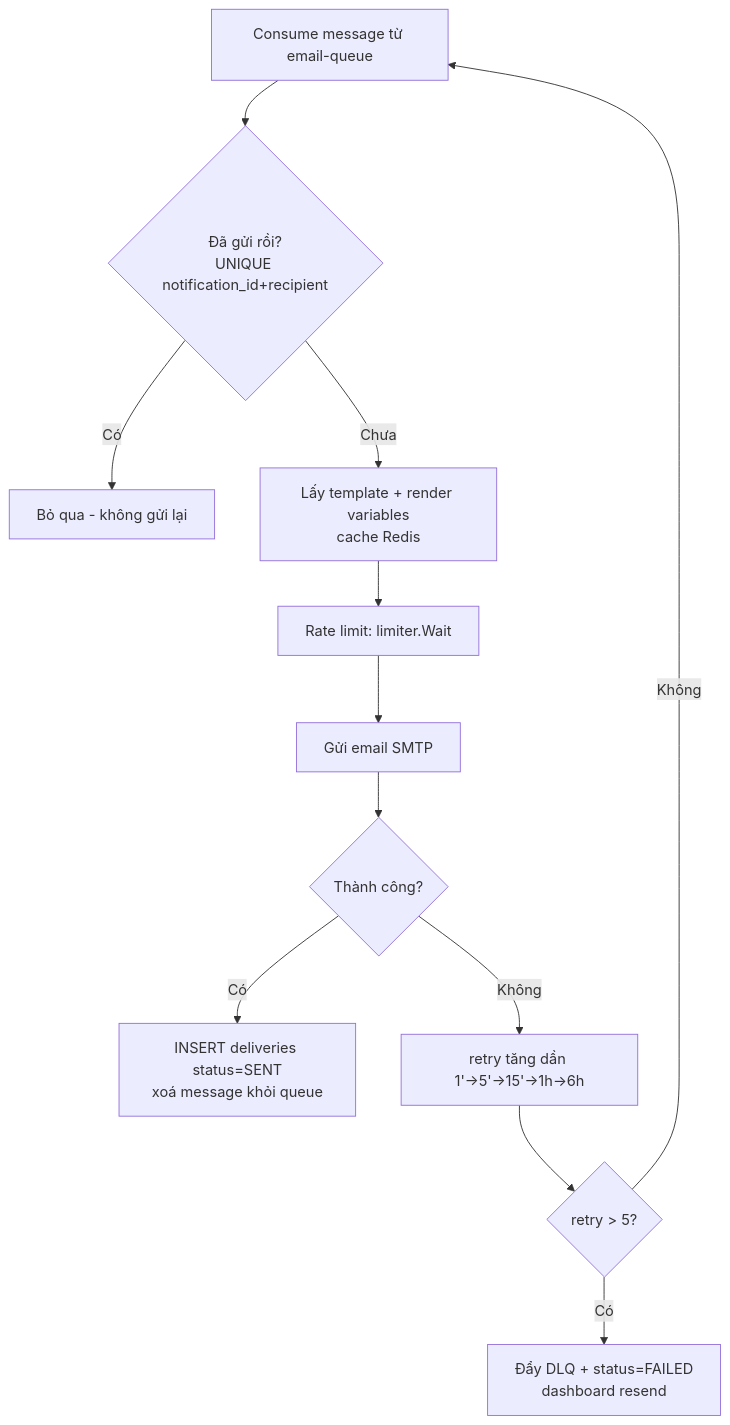
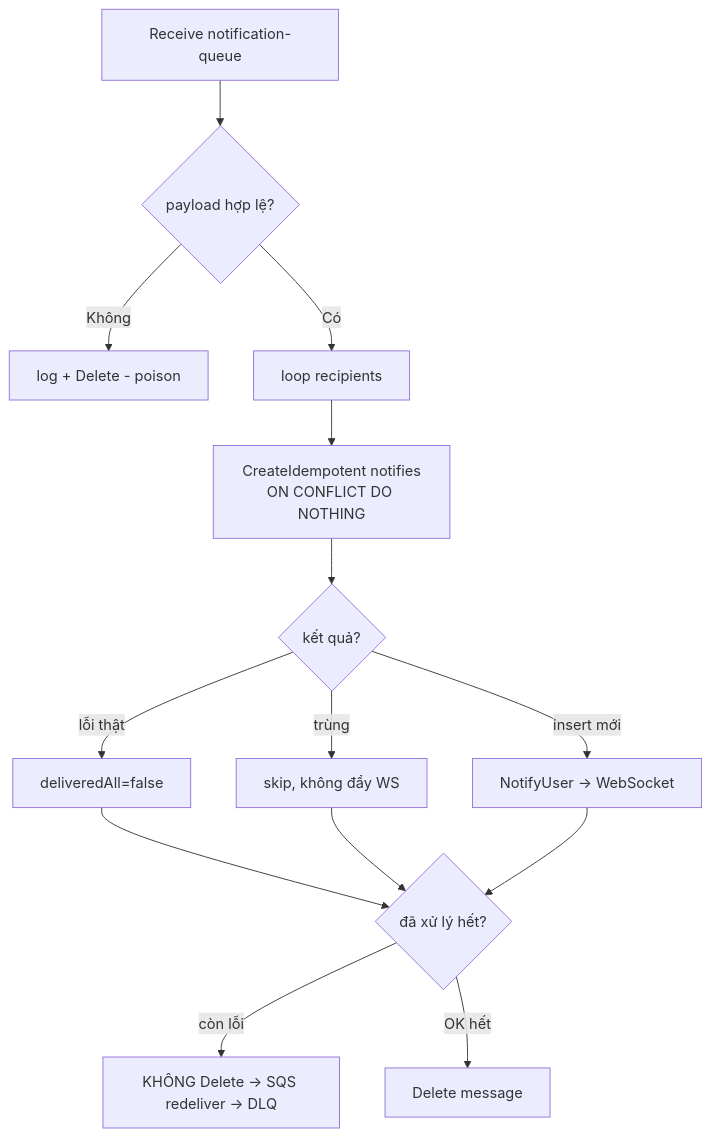
One commit to thanhncTeecom/View-Document-Readme changed the fifth of 6 diagrams in technical-proposal-notification-system.md. Above: the diagram before and after it, drawn with Mermaid. The commit also changed other lines of this file, not shown here.

````diff
--- a/technical-proposal-notification-system.md
+++ b/technical-proposal-notification-system.md
@@ -317,14 +175,16 @@
 ```mermaid
 flowchart TD
-    A[Consume message từ email-queue] --> B{Đã gửi rồi?<br/>UNIQUE notification_id+recipient}
-    B -->|Có| C[Bỏ qua - không gửi lại]
-    B -->|Chưa| D[Lấy template + render variables<br/>cache Redis]
-    D --> E[Rate limit: limiter.Wait]
-    E --> F[Gửi email SMTP]
-    F --> G{Thành công?}
-    G -->|Có| H[INSERT deliveries status=SENT<br/>xoá message khỏi queue]
-    G -->|Không| I[retry tăng dần 1'→5'→15'→1h→6h]
-    I --> J{retry > 5?}
-    J -->|Có| K[Đẩy DLQ + status=FAILED<br/>dashboard resend]
-    J -->|Không| A
+    A[Receive notification-queue] --> B{payload hợp lệ?}
+    B -->|Không| B1[log + Delete - poison]
+    B -->|Có| C[loop recipients]
+    C --> D[CreateIdempotent notifies<br/>ON CONFLICT DO NOTHING]
+    D --> E{kết quả?}
+    E -->|lỗi thật| F[deliveredAll=false]
+    E -->|trùng| G[skip, không đẩy WS]
+    E -->|insert mới| H[NotifyUser → WebSocket]
+    F --> I{đã xử lý hết?}
+    G --> I
+    H --> I
+    I -->|còn lỗi| J[KHÔNG Delete → SQS redeliver → DLQ]
+    I -->|OK hết| K[Delete message]
 ```
````
